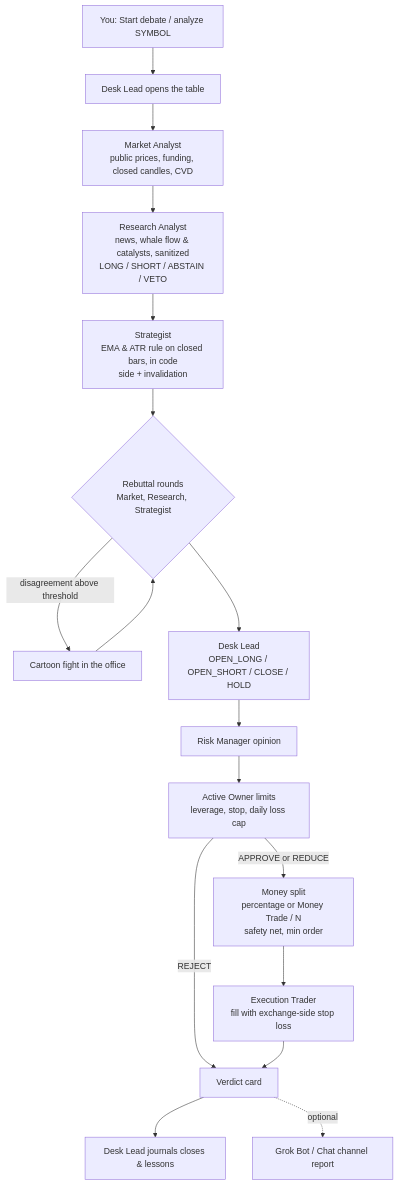
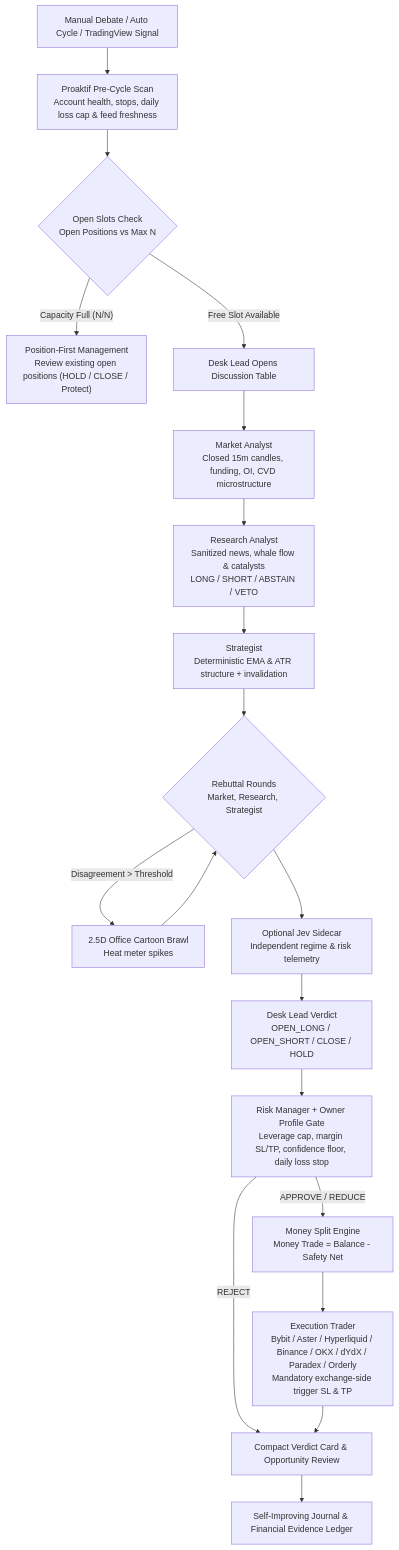
One commit to aabrur/trading-agent-mpu-gandring changed the first of 2 diagrams in README.md. Above: the diagram before and after it, drawn with Mermaid. The commit also changed other lines of this file and 17 other files, not shown here.

Commit message:
feat(release): v0.0.0.3.29 - in-place Cendol menu, real-time desk celebration, independent multi-venue verification, and sanitized profit ledger

````diff
--- a/README.md
+++ b/README.md
@@ -270,19 +309,21 @@
 ```mermaid
 flowchart TD
-    U["You: Start debate / analyze SYMBOL"] --> L0["Desk Lead opens the table"]
-    L0 --> M["Market Analyst<br/>public prices, funding, closed candles, CVD"]
-    M --> R["Research Analyst<br/>news, whale flow & catalysts, sanitized<br/>LONG / SHORT / ABSTAIN / VETO"]
-    R --> S["Strategist<br/>EMA & ATR rule on closed bars, in code<br/>side + invalidation"]
-    S --> D{"Rebuttal rounds<br/>Market, Research, Strategist"}
-    D -->|"disagreement above threshold"| F["Cartoon fight in the office"]
-    F --> D
-    D --> L["Desk Lead<br/>OPEN_LONG / OPEN_SHORT / CLOSE / HOLD"]
-    L --> K["Risk Manager opinion"]
-    K --> C["Active Owner limits<br/>leverage, stop, daily loss cap"]
-    C -->|"REJECT"| V["Verdict card"]
-    C -->|"APPROVE or REDUCE"| P["Money split<br/>percentage or Money Trade / N<br/>safety net, min order"]
-    P --> E["Execution Trader<br/>fill with exchange-side stop loss"]
-    E --> V
-    V --> J["Desk Lead journals closes & lessons"]
-    V -.optional.-> G["Grok Bot / Chat channel report"]
+    Start["Manual Debate / Auto Cycle / TradingView Signal"] --> Scan["Proaktif Pre-Cycle Scan<br/>Account health, stops, daily loss cap & feed freshness"]
+    Scan --> Cap{"Open Slots Check<br/>Open Positions vs Max N"}
+    Cap -->|"Capacity Full (N/N)"| Manage["Position-First Management<br/>Review existing open positions (HOLD / CLOSE / Protect)"]
+    Cap -->|"Free Slot Available"| Table["Desk Lead Opens Discussion Table"]
+    Table --> M["Market Analyst<br/>Closed 15m candles, funding, OI, CVD microstructure"]
+    M --> R["Research Analyst<br/>Sanitized news, whale flow & catalysts<br/>LONG / SHORT / ABSTAIN / VETO"]
+    R --> S["Strategist<br/>Deterministic EMA & ATR structure + invalidation"]
+    S --> Reb{"Rebuttal Rounds<br/>Market, Research, Strategist"}
+    Reb -->|"Disagreement > Threshold"| Brawl["2.5D Office Cartoon Brawl<br/>Heat meter spikes"]
+    Brawl --> Reb
+    Reb --> Jev["Optional Jev Sidecar<br/>Independent regime & risk telemetry"]
+    Jev --> Lead["Desk Lead Verdict<br/>OPEN_LONG / OPEN_SHORT / CLOSE / HOLD"]
+    Lead --> Risk["Risk Manager + Owner Profile Gate<br/>Leverage cap, margin SL/TP, confidence floor, daily loss stop"]
+    Risk -->|"REJECT"| Card["Compact Verdict Card & Opportunity Review"]
+    Risk -->|"APPROVE / REDUCE"| Split["Money Split Engine<br/>Money Trade = Balance - Safety Net"]
+    Split --> Exec["Execution Trader<br/>Bybit / Aster / Hyperliquid / Binance / OKX / dYdX / Paradex / Orderly<br/>Mandatory exchange-side trigger SL & TP"]
+    Exec --> Card
+    Card --> Learn["Self-Improving Journal & Financial Evidence Ledger"]
 ```
````
